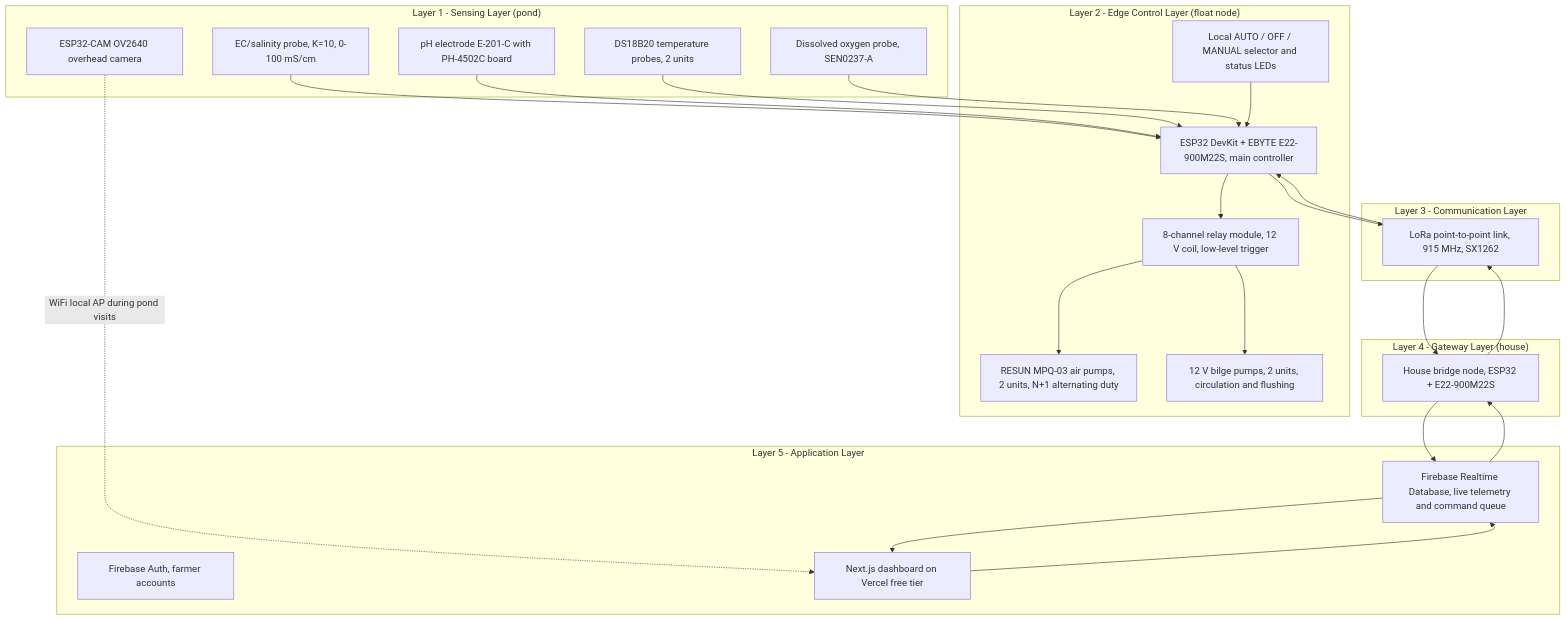
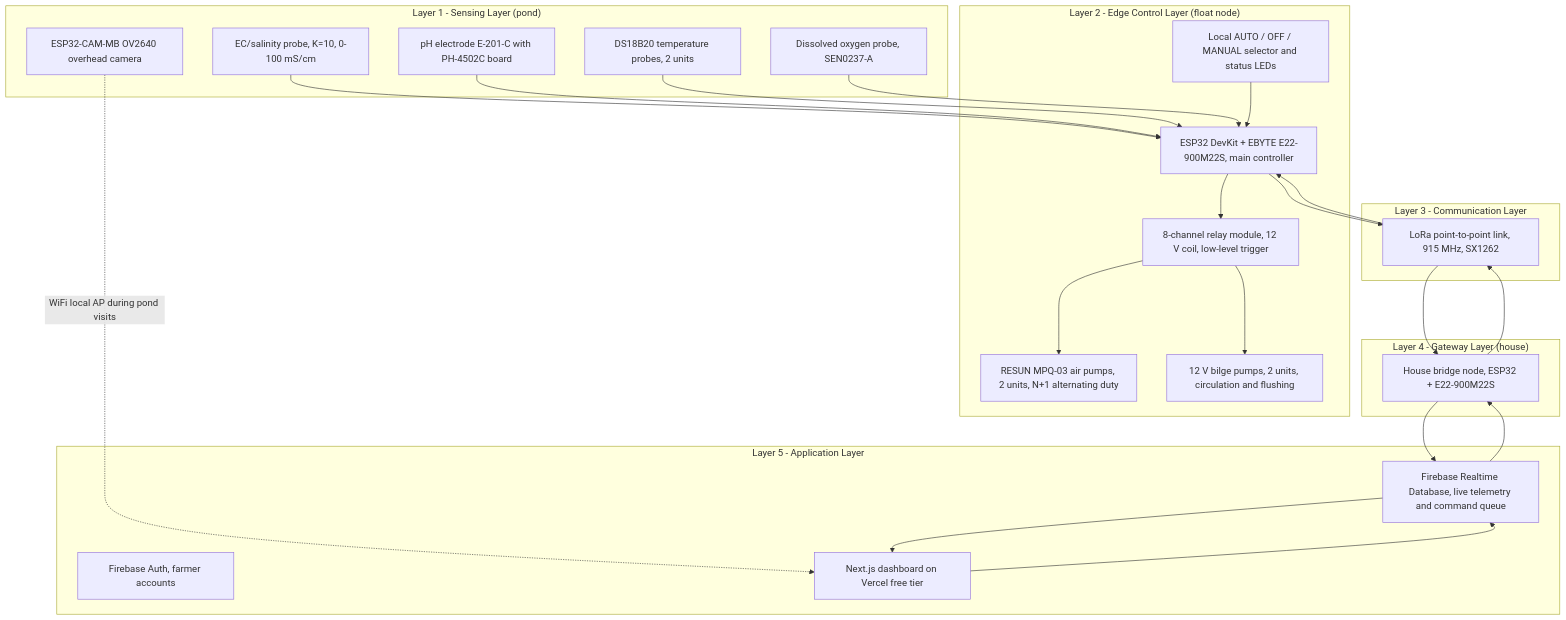
Before and after one commit to qppd/crab-grid-smart-aeration: the diagram in docs/SYSTEM-ARCHITECTURE.md, drawn with Mermaid. The commit also changed 6 other files, not shown here.

Commit message:
Update ESP32-CAM to ESP32-CAM-MB across all docs

````diff
--- a/docs/SYSTEM-ARCHITECTURE.md
+++ b/docs/SYSTEM-ARCHITECTURE.md
@@ -9,50 +9,50 @@
 ```mermaid
 flowchart TB
     subgraph L1["Layer 1 - Sensing Layer (pond)"]
         S1["EC/salinity probe, K=10, 0-100 mS/cm"]
         S2["pH electrode E-201-C with PH-4502C board"]
         S3["DS18B20 temperature probes, 2 units"]
         S4["Dissolved oxygen probe, SEN0237-A"]
-        S5["ESP32-CAM OV2640 overhead camera"]
+        S5["ESP32-CAM-MB OV2640 overhead camera"]
     end
 
     subgraph L2["Layer 2 - Edge Control Layer (float node)"]
         C1["ESP32 DevKit + EBYTE E22-900M22S, main controller"]
         C2["8-channel relay module, 12 V coil, low-level trigger"]
         C3["RESUN MPQ-03 air pumps, 2 units, N+1 alternating duty"]
         C4["12 V bilge pumps, 2 units, circulation and flushing"]
         C5["Local AUTO / OFF / MANUAL selector and status LEDs"]
     end
 
     subgraph L3["Layer 3 - Communication Layer"]
         R1["LoRa point-to-point link, 915 MHz, SX1262"]
     end
 
     subgraph L4["Layer 4 - Gateway Layer (house)"]
         G1["House bridge node, ESP32 + E22-900M22S"]
     end
 
     subgraph L5["Layer 5 - Application Layer"]
         F1["Firebase Realtime Database, live telemetry and command queue"]
         F2["Firebase Auth, farmer accounts"]
         D1["Next.js dashboard on Vercel free tier"]
     end
 
     S1 --> C1
     S2 --> C1
     S3 --> C1
     S4 --> C1
     S5 -. WiFi local AP during pond visits .-> D1
     C5 --> C1
     C1 --> C2
     C2 --> C3
     C2 --> C4
     C1 --> R1
     R1 --> G1
     G1 --> F1
     F1 --> D1
     D1 --> F1
     F1 --> G1
     G1 --> R1
     R1 --> C1
 ```
````
